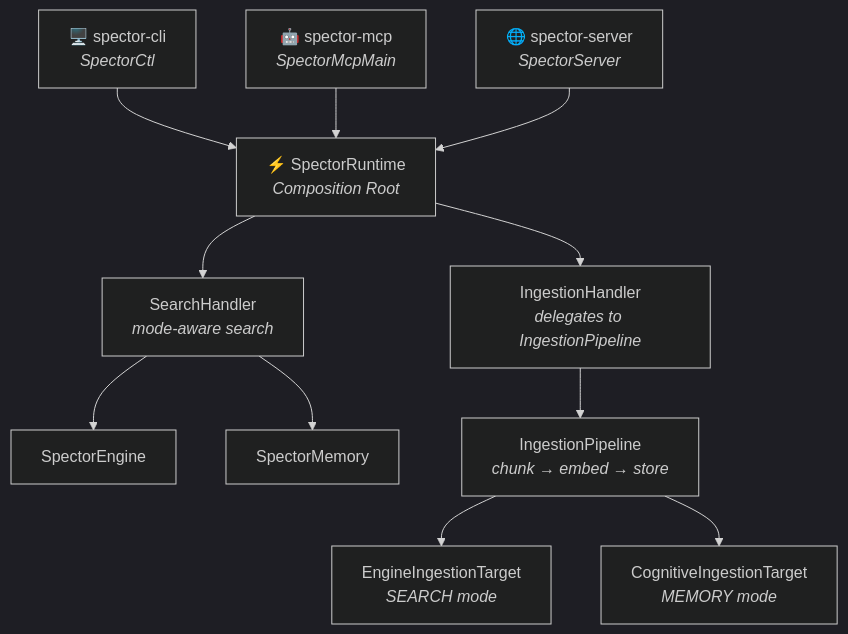
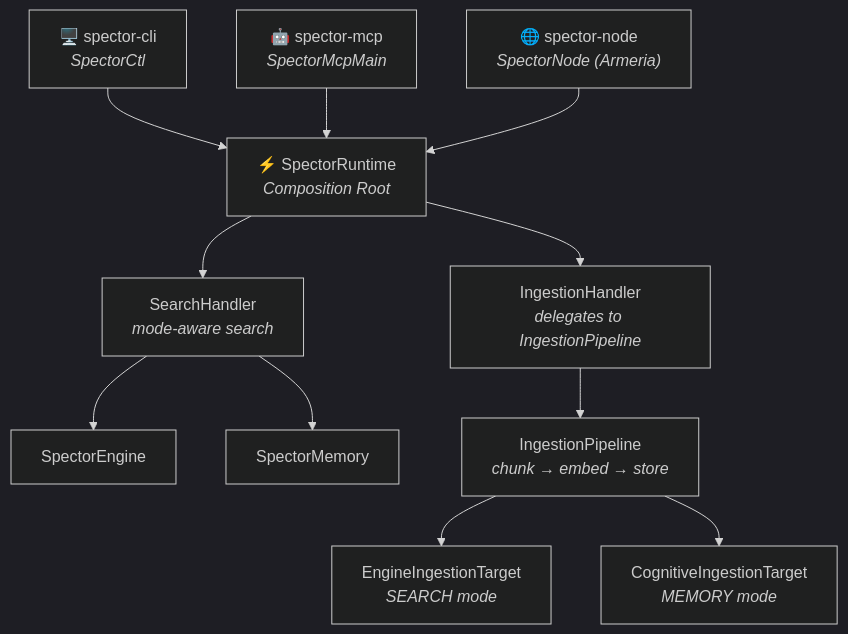
Before and after one commit to spectrayan/spector: the third of 3 diagrams in docs/docs/modules/index.md, drawn with Mermaid (dark theme). The commit also changed other lines of this file and 10 other files, not shown here.

First line of the commit message:
docs: fix persistence paths, modules nav, and mermaid dark-mode CSS

````diff
--- a/docs/docs/modules/index.md
+++ b/docs/docs/modules/index.md
@@ -86,21 +125,21 @@
 ```mermaid
 graph TD
     cli["🖥️ spector-cli<br/><i>SpectorCtl</i>"]
     mcp["🤖 spector-mcp<br/><i>SpectorMcpMain</i>"]
-    server["🌐 spector-server<br/><i>SpectorServer</i>"]
+    node["🌐 spector-node<br/><i>SpectorNode (Armeria)</i>"]
 
     cli --> runtime
     mcp --> runtime
-    server --> runtime
+    node --> runtime
 
     runtime["⚡ SpectorRuntime<br/><i>Composition Root</i>"]
 
     runtime --> sh["SearchHandler<br/><i>mode-aware search</i>"]
     runtime --> ih["IngestionHandler<br/><i>delegates to IngestionPipeline</i>"]
 
     sh --> engine["SpectorEngine"]
     sh --> memory["SpectorMemory"]
     ih --> pipeline["IngestionPipeline<br/><i>chunk → embed → store</i>"]
     pipeline --> engineTarget["EngineIngestionTarget<br/><i>SEARCH mode</i>"]
     pipeline --> memTarget["CognitiveIngestionTarget<br/><i>MEMORY mode</i>"]
 ```
````
